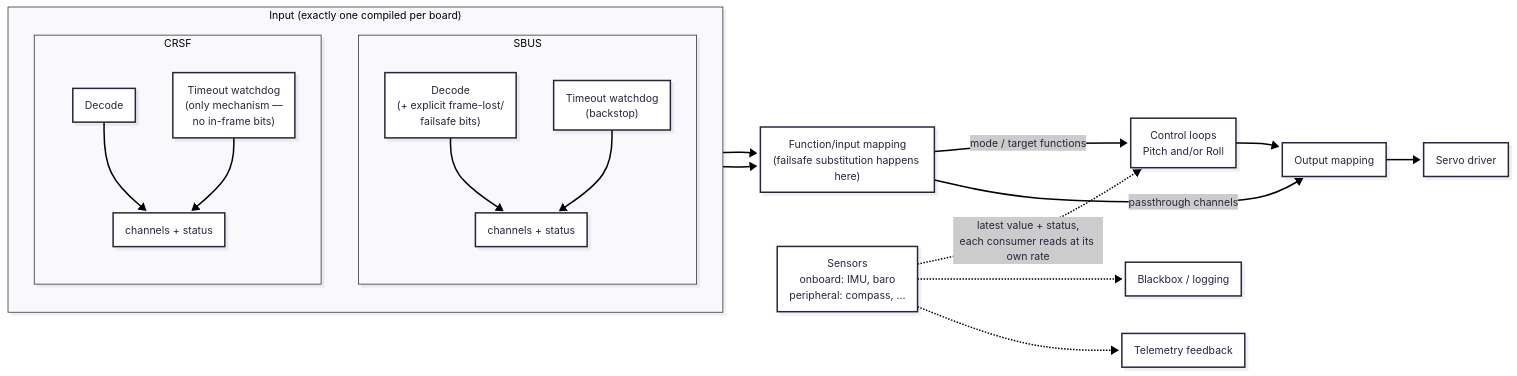
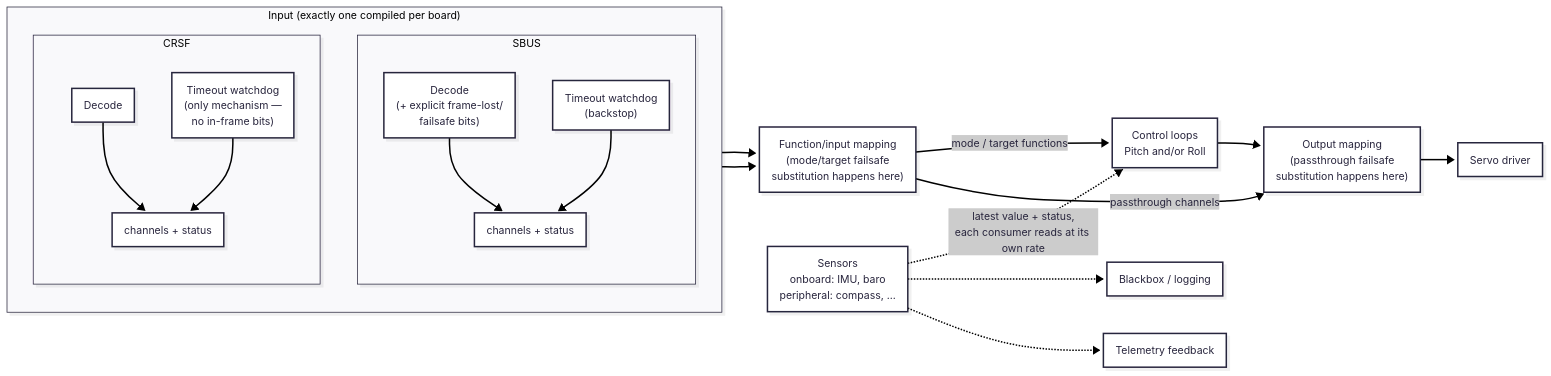
Before and after one commit to heimdall-suite/heimdall-helm: the diagram in .docs/architecture/receiver-to-servo.md, drawn with Mermaid. The commit also changed other lines of this file and 4 other files, not shown here.

````diff
--- a/.docs/architecture/receiver-to-servo.md
+++ b/.docs/architecture/receiver-to-servo.md
@@ -6,40 +6,40 @@
 ```mermaid
 %%{init: {'theme': 'redux', 'look': 'neo'}}%%
 flowchart LR
     subgraph Input["Input (exactly one compiled per board)"]
         direction TB
         subgraph SBUS
             direction TB
             DSBUS["Decode<br/>(+ explicit frame-lost/<br/>failsafe bits)"]
             TOSBUS["Timeout watchdog<br/>(backstop)"]
             DSBUS --> OUTSBUS["channels + status"]
             TOSBUS --> OUTSBUS
         end
         subgraph CRSF
             direction TB
             DCRSF["Decode"]
             TOCRSF["Timeout watchdog<br/>(only mechanism —<br/>no in-frame bits)"]
             DCRSF --> OUTCRSF["channels + status"]
             TOCRSF --> OUTCRSF
         end
     end
 
-    MAP["Function/input mapping<br/>(failsafe substitution happens here)"]
+    MAP["Function/input mapping<br/>(mode/target failsafe<br/>substitution happens here)"]
     CTRL["Control loops<br/>Pitch and/or Roll"]
-    OUT["Output mapping"]
+    OUT["Output mapping<br/>(passthrough failsafe<br/>substitution happens here)"]
     SERVO["Servo driver"]
     SENS["Sensors<br/>onboard: IMU, baro<br/>peripheral: compass, ..."]
     LOG["Blackbox / logging"]
     TEL["Telemetry feedback"]
 
     OUTSBUS --> MAP
     OUTCRSF --> MAP
     MAP -->|"mode / target functions"| CTRL
     MAP -->|"passthrough channels"| OUT
     CTRL --> OUT
     OUT --> SERVO
 
     SENS -.->|"latest value + status,<br/>each consumer reads at its own rate"| CTRL
     SENS -.-> LOG
     SENS -.-> TEL
 ```
````
